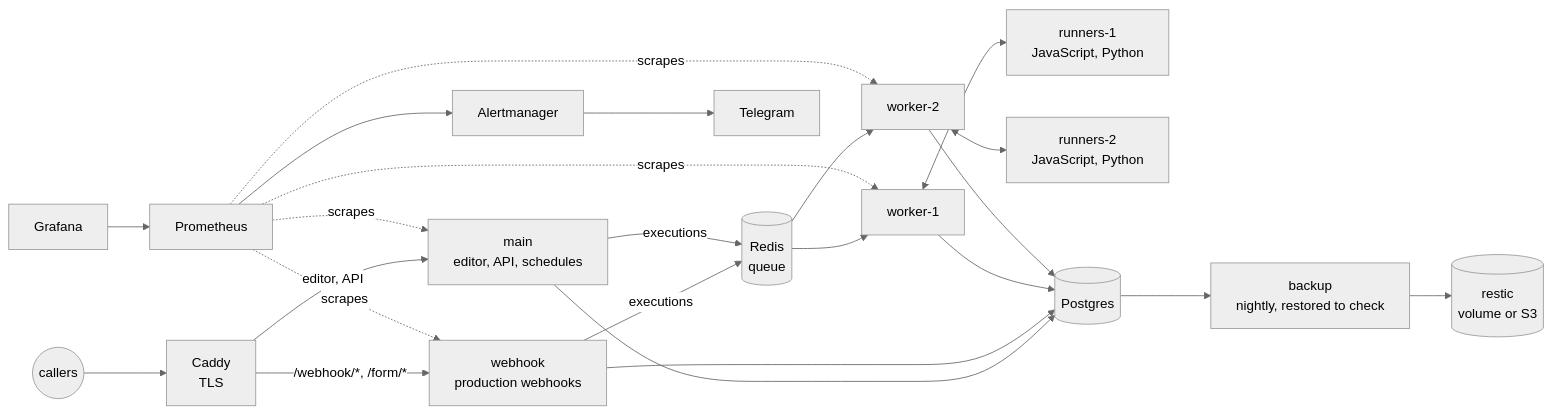
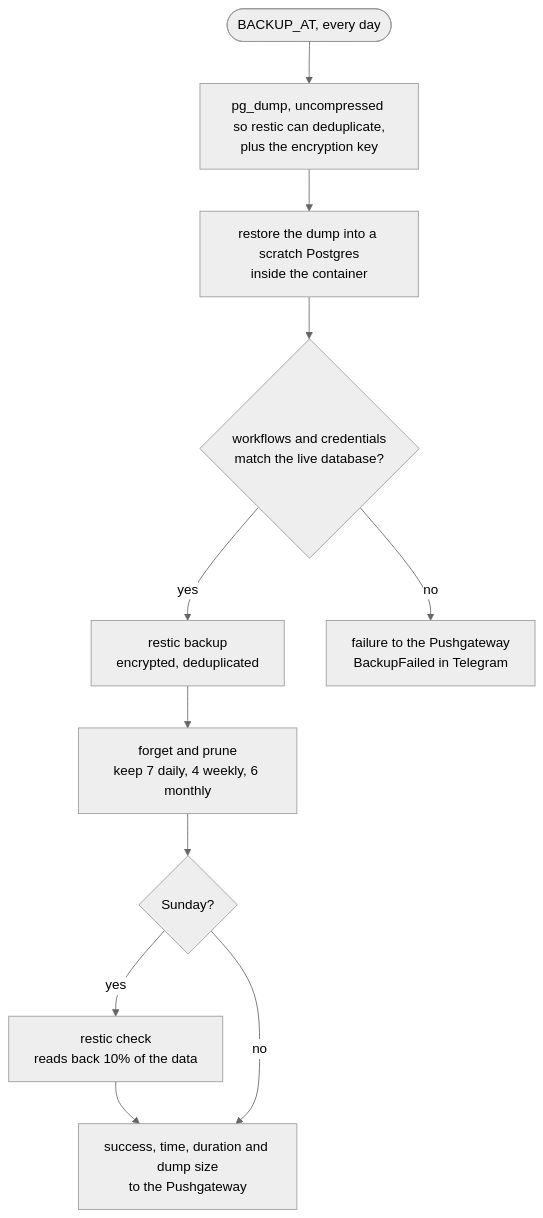
One commit to nightloom-dev/n8n-production-stack changed the third of 5 diagrams in README.md. Above: the diagram before and after it, drawn with Mermaid (neutral theme). The commit also changed other lines of this file and 4 other files, not shown here.

Commit message:
expand README: diagrams, request flow, failure handling, config and operations

````diff
--- a/README.md
+++ b/README.md
@@ -36,15 +249,13 @@
 ```mermaid
-flowchart LR
-  callers((callers)) --> caddy["Caddy<br>TLS"]
-  caddy -- "/webhook/*, /form/*" --> webhook["webhook<br>production webhooks"]
-  caddy -- "editor, API" --> main["main<br>editor, API, schedules"]
-  webhook & main -- executions --> redis[("Redis<br>queue")]
-  redis --> worker1["worker-1"] & worker2["worker-2"]
-  worker1 <--> runners1["runners-1<br>JavaScript, Python"]
-  worker2 <--> runners2["runners-2<br>JavaScript, Python"]
-  main & webhook & worker1 & worker2 --> postgres[("Postgres")]
-  postgres --> backup["backup<br>nightly, restored to check"] --> restic[("restic<br>volume or S3")]
-  prometheus["Prometheus"] -. scrapes .-> main & webhook & worker1 & worker2
-  prometheus --> alertmanager["Alertmanager"] --> telegram[Telegram]
-  grafana["Grafana"] --> prometheus
+flowchart TD
+  start(["BACKUP_AT, every day"]) --> dump["pg_dump, uncompressed so restic can deduplicate,<br>plus the encryption key"]
+  dump --> verify["restore the dump into a scratch Postgres<br>inside the container"]
+  verify --> counts{"workflows and credentials<br>match the live database?"}
+  counts -- yes --> restic["restic backup<br>encrypted, deduplicated"]
+  restic --> forget["forget and prune<br>keep 7 daily, 4 weekly, 6 monthly"]
+  forget --> sunday{"Sunday?"}
+  sunday -- yes --> check["restic check<br>reads back 10% of the data"]
+  check --> ok
+  sunday -- no --> ok["success, time, duration and dump size<br>to the Pushgateway"]
+  counts -- no --> fail["failure to the Pushgateway<br>BackupFailed in Telegram"]
 ```
````
